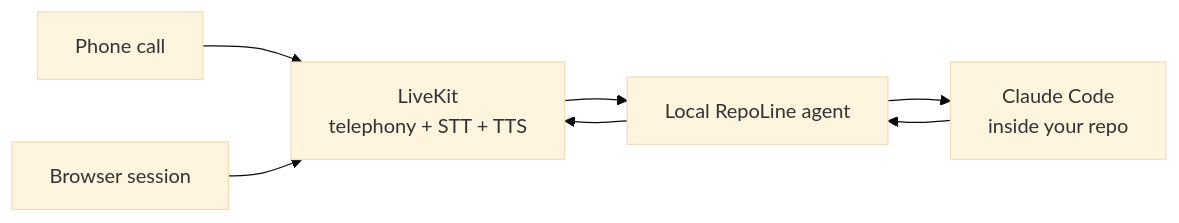
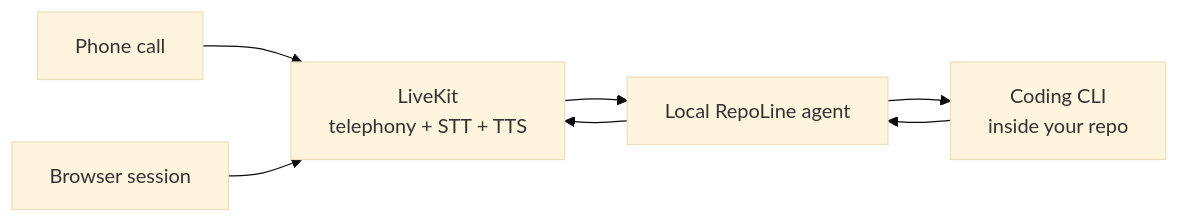
Before and after one commit to williamwarlick/RepoLine: the diagram in README.md, drawn with Mermaid (base theme). The commit also changed other lines of this file and 19 other files, not shown here.

````diff
--- a/README.md
+++ b/README.md
@@ -77,9 +80,9 @@
 ```mermaid
 flowchart LR
   Phone["Phone call"] --> LiveKit["LiveKit<br/>telephony + STT + TTS"]
   Browser["Browser session"] --> LiveKit
   LiveKit --> Agent["Local RepoLine agent"]
-  Agent --> Claude["Claude Code<br/>inside your repo"]
+  Agent --> Claude["Coding CLI<br/>inside your repo"]
   Claude --> Agent
   Agent --> LiveKit
 ```
````
